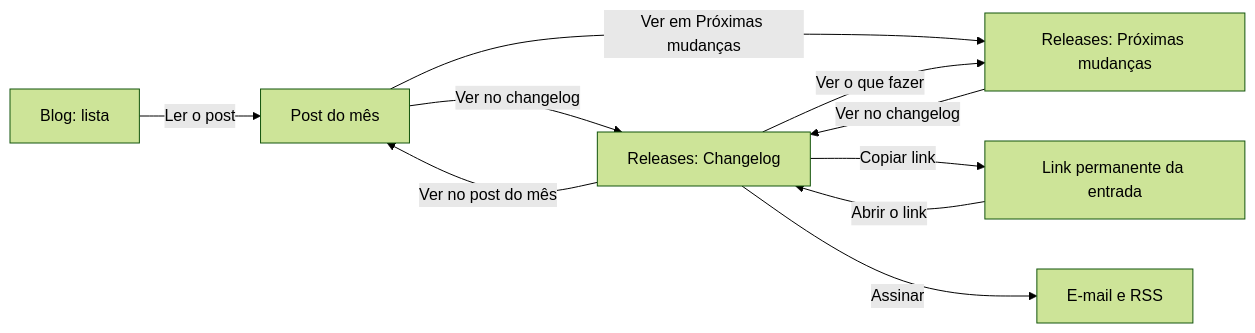
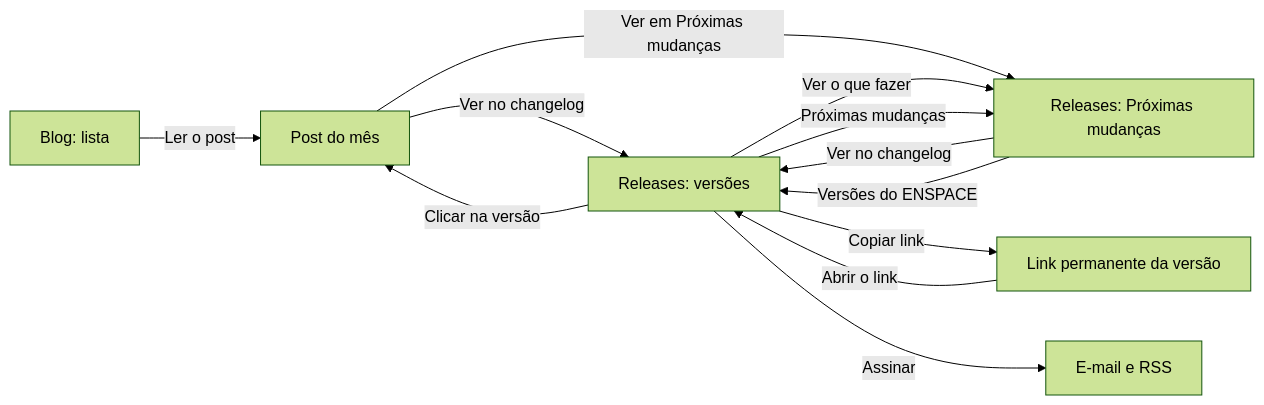
The diagram in app/pages/releases-no-docs/DECISOES.md (pernalombr4/prototipos), drawn with Mermaid (forest theme) before and after one commit. The commit also changed other lines of this file and 17 other files, not shown here.

Commit message:
[PROTO] releases-no-docs — rodada 2 — aba Releases na estrutura do en-docs (UChangelogVersions, banner, max-w-2xl) com rótulos, filtros, patch compacto, link por versão e Próximas mudanças na mesma linha do tempo

````diff
--- a/app/pages/releases-no-docs/DECISOES.md
+++ b/app/pages/releases-no-docs/DECISOES.md
@@ -17,12 +18,14 @@
 ```mermaid
 flowchart LR
   B[Blog: lista] -->|Ler o post| P[Post do mês]
-  P -->|Ver no changelog| C[Releases: Changelog]
+  P -->|Ver no changelog| C[Releases: versões]
   P -->|Ver em Próximas mudanças| M[Releases: Próximas mudanças]
   C -->|Ver o que fazer| M
+  C -->|Próximas mudanças| M
   M -->|Ver no changelog| C
-  C -->|Ver no post do mês| P
-  C -->|Copiar link| L[Link permanente da entrada]
+  M -->|Versões do ENSPACE| C
+  C -->|Clicar na versão| P
+  C -->|Copiar link| L[Link permanente da versão]
   L -->|Abrir o link| C
   C -->|Assinar| A[E-mail e RSS]
 ```
````
